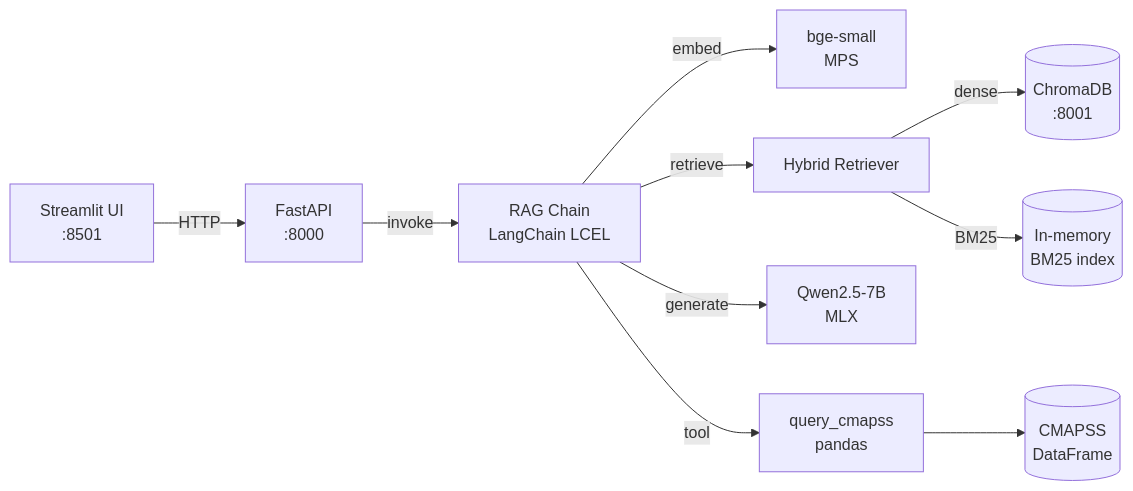
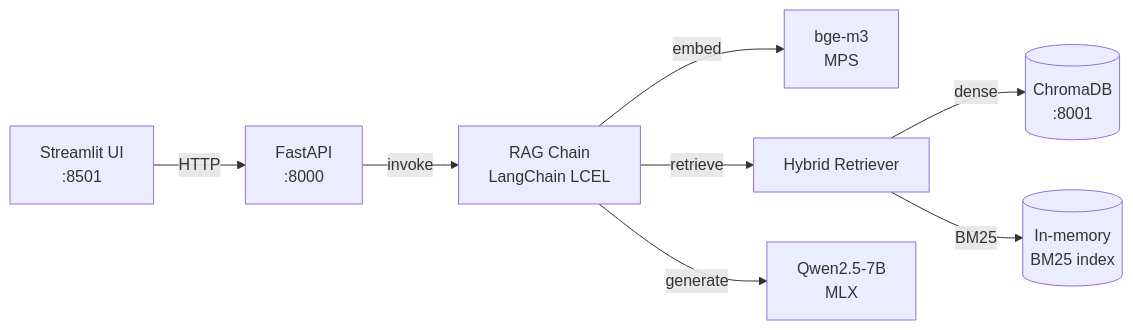
The diagram in docs/architecture.md (PDUCLOS/maintenance), drawn with Mermaid before and after one commit. The commit also changed other lines of this file and 41 other files, not shown here.

````diff
--- a/docs/architecture.md
+++ b/docs/architecture.md
@@ -55,12 +57,10 @@
 ```mermaid
 flowchart LR
     UI[Streamlit UI<br/>:8501] -->|HTTP| API[FastAPI<br/>:8000]
     API -->|invoke| RAG[RAG Chain<br/>LangChain LCEL]
-    RAG -->|embed| EMB[bge-small<br/>MPS]
+    RAG -->|embed| EMB[bge-m3<br/>MPS]
     RAG -->|retrieve| HYB[Hybrid Retriever]
     HYB -->|dense| CHR[(ChromaDB<br/>:8001)]
     HYB -->|BM25| BM25[(In-memory<br/>BM25 index)]
     RAG -->|generate| LLM[Qwen2.5-7B<br/>MLX]
-    RAG -->|tool| TOOL[query_cmapss<br/>pandas]
-    TOOL --> DF[(CMAPSS<br/>DataFrame)]
 ```
````
